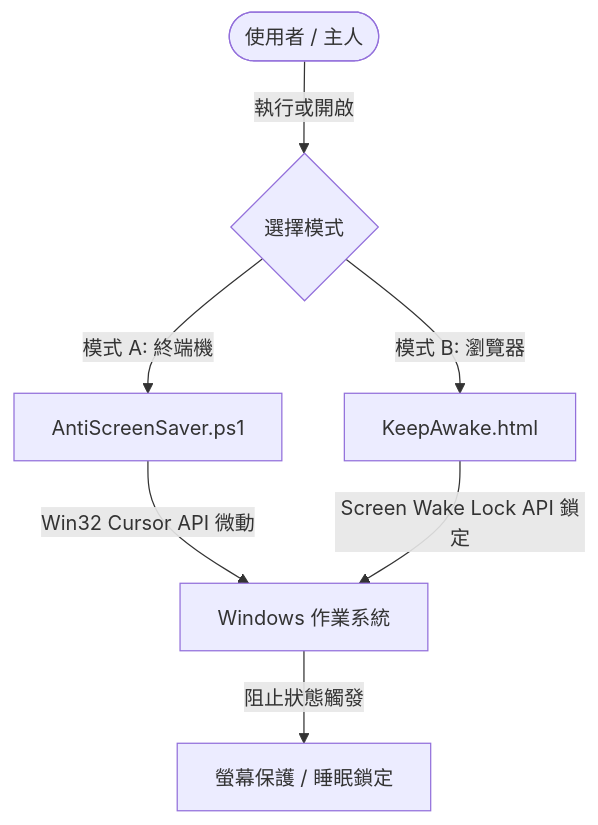
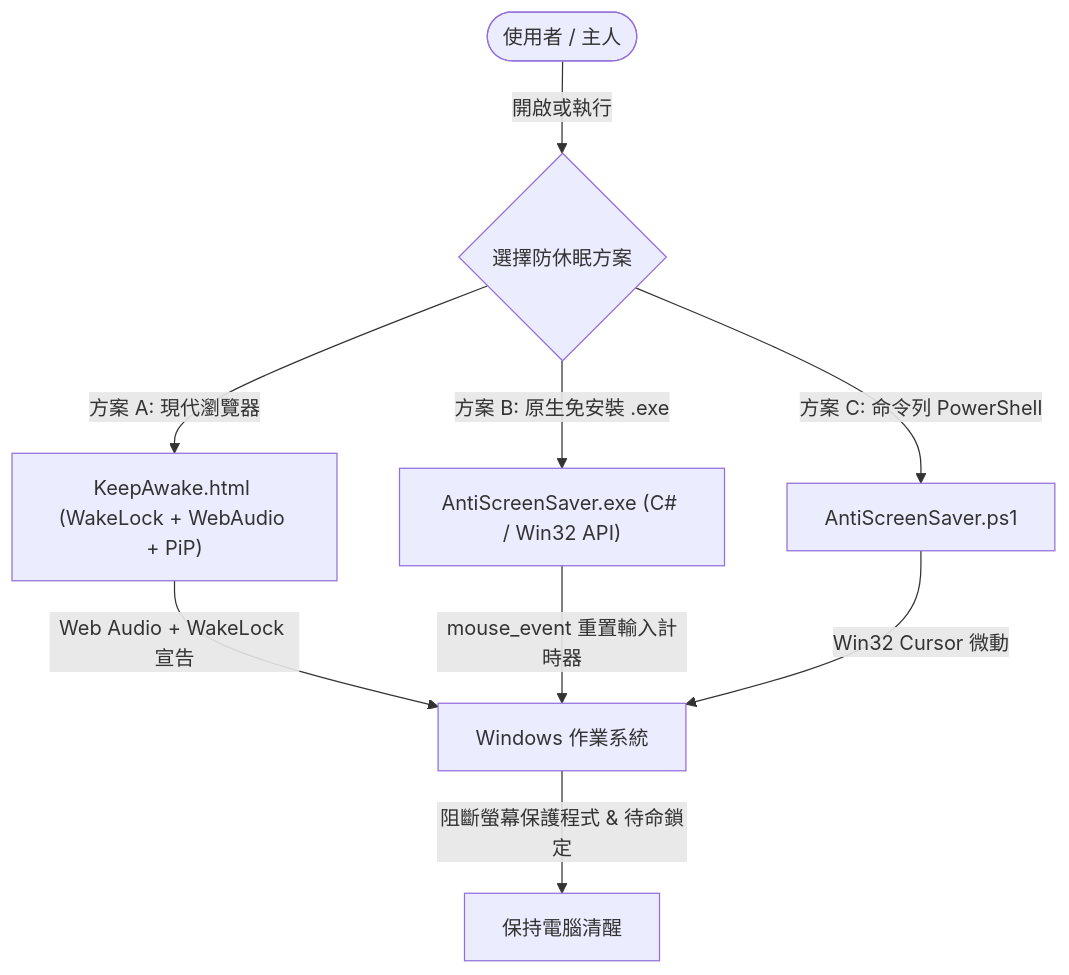
The first of 5 diagrams in spec.md (Evan20230427/AntiScreenSaver), drawn with Mermaid before and after one commit. The commit also changed other lines of this file and 6 other files, not shown here.

Commit message:
feat: 強化 KeepAwake.html 引入 WebAudio 次音頻與 PiP 模式，並新增 C# 原生免安裝執行檔

````diff
--- a/spec.md
+++ b/spec.md
@@ -19,9 +29,13 @@
 ```mermaid
 graph TD
-    User([使用者 / 主人]) -->|執行或開啟| App{選擇模式}
-    App -->|模式 A: 終端機| PS[AntiScreenSaver.ps1]
-    App -->|模式 B: 瀏覽器| Web[KeepAwake.html]
-    PS -->|Win32 Cursor API 微動| OS[Windows 作業系統]
-    Web -->|Screen Wake Lock API 鎖定| OS
-    OS -->|阻止狀態觸發| ScreenSaver[螢幕保護 / 睡眠鎖定]
+    User([使用者 / 主人]) -->|開啟或執行| Choice{選擇防休眠方案}
+    Choice -->|方案 A: 現代瀏覽器| Web["KeepAwake.html (WakeLock + WebAudio + PiP)"]
+    Choice -->|方案 B: 原生免安裝 .exe| Native["AntiScreenSaver.exe (C# / Win32 API)"]
+    Choice -->|方案 C: 命令列 PowerShell| PS["AntiScreenSaver.ps1"]
+    
+    Web -->|Web Audio + WakeLock 宣告| OS[Windows 作業系統]
+    Native -->|mouse_event 重置輸入計時器| OS
+    PS -->|Win32 Cursor 微動| OS
+    
+    OS -->|阻斷螢幕保護程式 & 待命鎖定| AntiLock[保持電腦清醒]
 ```
````
